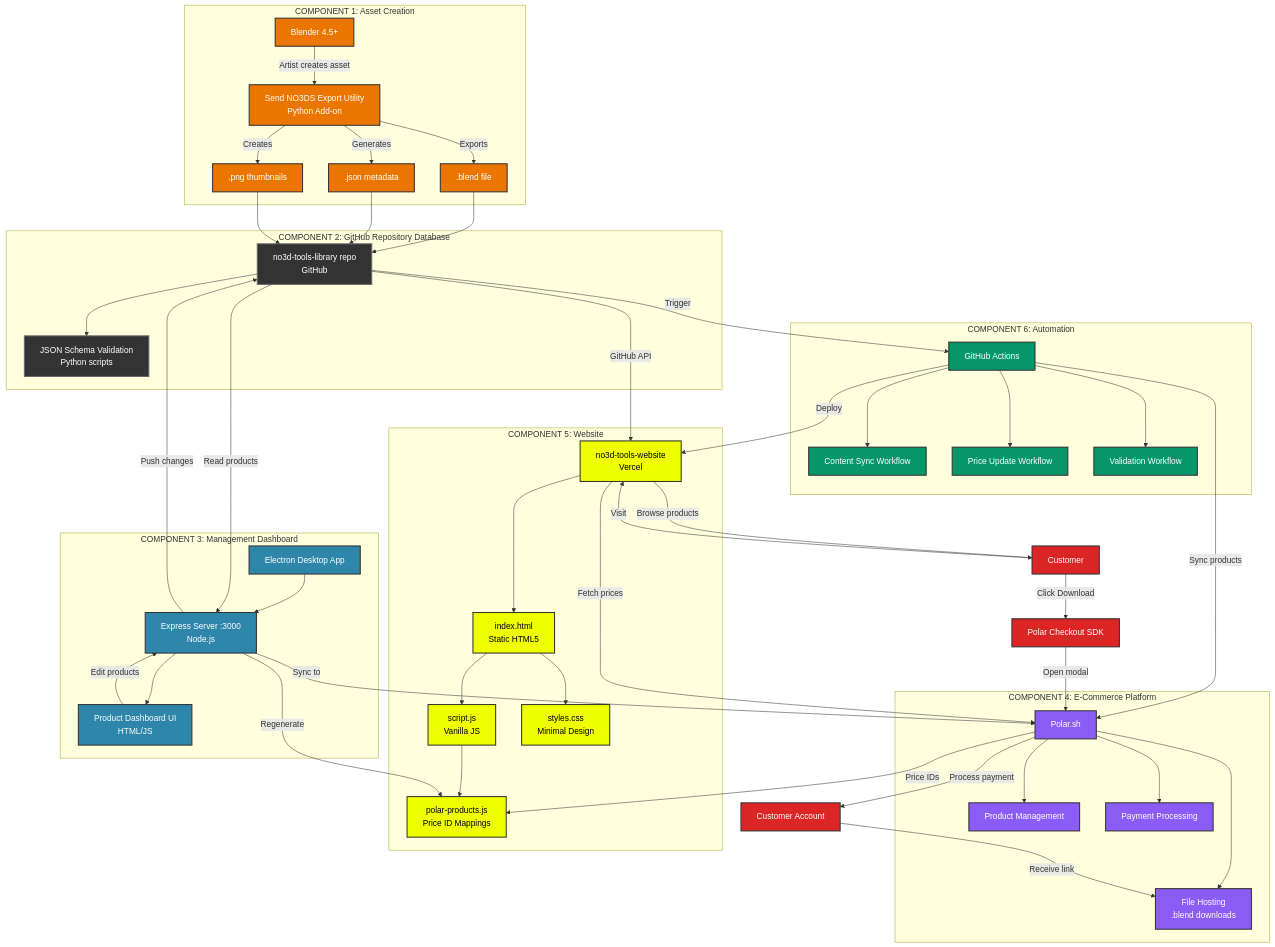
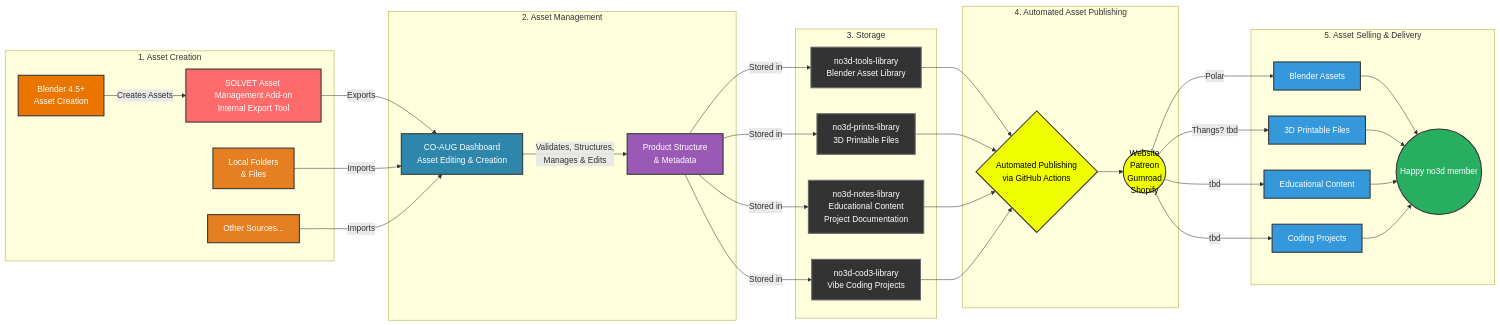
The diagram in README.md (node-dojo/solvet-global), drawn with Mermaid before and after one commit. The commit also changed other lines of this file and 293 other files, not shown here.

````diff
--- a/README.md
+++ b/README.md
@@ -17,99 +23,80 @@
 ```mermaid
-graph TB
-    subgraph "COMPONENT 1: Asset Creation"
-        A[Blender 4.5+]
-        B[Send NO3DS Export Utility<br/>Python Add-on]
-        A -->|Artist creates asset| B
-        B -->|Exports| C[.blend file]
-        B -->|Generates| D[.json metadata]
-        B -->|Creates| E[.png thumbnails]
+graph LR
+    subgraph "1. Asset Creation"
+        A[Blender 4.5+<br/>Asset Creation]
+        B[SOLVET Asset Management Add-on<br/>Internal Export Tool]
+        I1[Local Folders<br/>& Files]
+        I2[Other Sources...]
+    end
+    
+    subgraph "2. Asset Management"
+        D[CO-AUG Dashboard<br/>Asset Editing & Creation]
+        C[Product Structure<br/>& Metadata]
+    end
+    
+    subgraph "3. Storage"
+        E1[no3d-tools-library<br/>Blender Asset Library]
+        E2[no3d-prints-library<br/>3D Printable Files]
+        E3[no3d-notes-library<br/>Educational Content<br/>Project Documentation]
+        E4[no3d-cod3-library<br/>Vibe Coding Projects]
+    end
+    
+    subgraph "4. Automated Asset Publishing"
+        F{Automated Publishing<br/>via GitHub Actions}
+        G((Website<br/>Patreon<br/>Gumroad<br/>Shopify))
+    end
+    
+    subgraph "5. Asset Selling & Delivery"
+        O1[Blender Assets]
+        O2[3D Printable Files]
+        O3[Educational Content]
+        O4[Coding Projects]
+        H((Happy no3d member))
     end
 
-    subgraph "COMPONENT 2: GitHub Repository Database"
-        F[no3d-tools-library repo<br/>GitHub]
-        C --> F
-        D --> F
-        E --> F
-        G[JSON Schema Validation<br/>Python scripts]
-        F --> G
-    end
-
-    subgraph "COMPONENT 3: Management Dashboard"
-        H[Electron Desktop App]
-        I[Express Server :3000<br/>Node.js]
-        J[Product Dashboard UI<br/>HTML/JS]
-        H --> I
-        I --> J
-        J -->|Edit products| I
-    end
-
-    subgraph "COMPONENT 4: E-Commerce Platform"
-        K[Polar.sh]
-        L[Product Management]
-        M[Payment Processing]
-        N[File Hosting<br/>.blend downloads]
-        K --> L
-        K --> M
-        K --> N
-    end
-
-    subgraph "COMPONENT 5: Website"
-        O[no3d-tools-website<br/>Vercel]
-        P[index.html<br/>Static HTML5]
-        Q[script.js<br/>Vanilla JS]
-        R[styles.css<br/>Minimal Design]
-        S[polar-products.js<br/>Price ID Mappings]
-        O --> P
-        P --> Q
-        P --> R
-        Q --> S
-    end
-
-    subgraph "COMPONENT 6: Automation"
-        T[GitHub Actions]
-        U[Content Sync Workflow]
-        V[Price Update Workflow]
-        W[Validation Workflow]
-        T --> U
-        T --> V
-        T --> W
-    end
-
-    %% Main Data Flow
-    F -->|GitHub API| O
-    F -->|Read products| I
-    I -->|Sync to| K
-    I -->|Push changes| F
-    I -->|Regenerate| S
-    K -->|Price IDs| S
-    O -->|Fetch prices| K
-    F -->|Trigger| T
-    T -->|Deploy| O
-    T -->|Sync products| K
-
-    %% Customer Flow
-    X[Customer]
-    X -->|Visit| O
-    O -->|Browse products| X
-    X -->|Click Download| Y[Polar Checkout SDK]
-    Y -->|Open modal| K
-    K -->|Process payment| Z[Customer Account]
-    Z -->|Receive link| N
+    A -->|Creates Assets| B
+    B -->|Exports| D
+    I1 -->|Imports| D
+    I2 -->|Imports| D
+    D -->|Validates, Structures,<br/>Manages & Edits| C
+    C -->|Stored in| E1
+    C -->|Stored in| E2
+    C -->|Stored in| E3
+    C -->|Stored in| E4
+    E1 --> F
+    E2 --> F
+    E3 --> F
+    E4 --> F
+    F --> G
+    G -->|Polar| O1
+    G -->|Thangs? tbd| O2
+    G -->|tbd| O3
+    G -->|tbd| O4
+    O1 --> H
+    O2 --> H
+    O3 --> H
+    O4 --> H
 
     %% Styling
     classDef blender fill:#EA7600,stroke:#333,stroke-width:2px,color:#fff
-    classDef github fill:#333,stroke:#666,stroke-width:2px,color:#fff
+    classDef addon fill:#FF6B6B,stroke:#333,stroke-width:2px,color:#fff
+    classDef input fill:#E67E22,stroke:#333,stroke-width:2px,color:#fff
+    classDef metadata fill:#9B59B6,stroke:#333,stroke-width:2px,color:#fff
     classDef dashboard fill:#2E86AB,stroke:#333,stroke-width:2px,color:#fff
-    classDef polar fill:#8B5CF6,stroke:#333,stroke-width:2px,color:#fff
-    classDef website fill:#F0FF00,stroke:#333,stroke-width:2px,color:#000
-    classDef automation fill:#059669,stroke:#333,stroke-width:2px,color:#fff
-    classDef customer fill:#DC2626,stroke:#333,stroke-width:2px,color:#fff
+    classDef repo fill:#333,stroke:#666,stroke-width:2px,color:#fff
+    classDef automation fill:#F0FF00,stroke:#333,stroke-width:2px,color:#000
+    classDef platform fill:#F0FF00,stroke:#333,stroke-width:2px,color:#000
+    classDef output fill:#3498DB,stroke:#333,stroke-width:2px,color:#fff
+    classDef user fill:#27AE60,stroke:#333,stroke-width:2px,color:#fff
 
-    class A,B,C,D,E blender
-    class F,G github
-    class H,I,J dashboard
-    class K,L,M,N polar
-    class O,P,Q,R,S website
-    class T,U,V,W automation
-    class X,Y,Z customer
+    class A blender
+    class B addon
+    class I1,I2 input
+    class C metadata
+    class D dashboard
+    class E1,E2,E3,E4 repo
+    class F automation
+    class G platform
+    class O1,O2,O3,O4 output
+    class H user
 ```
````
